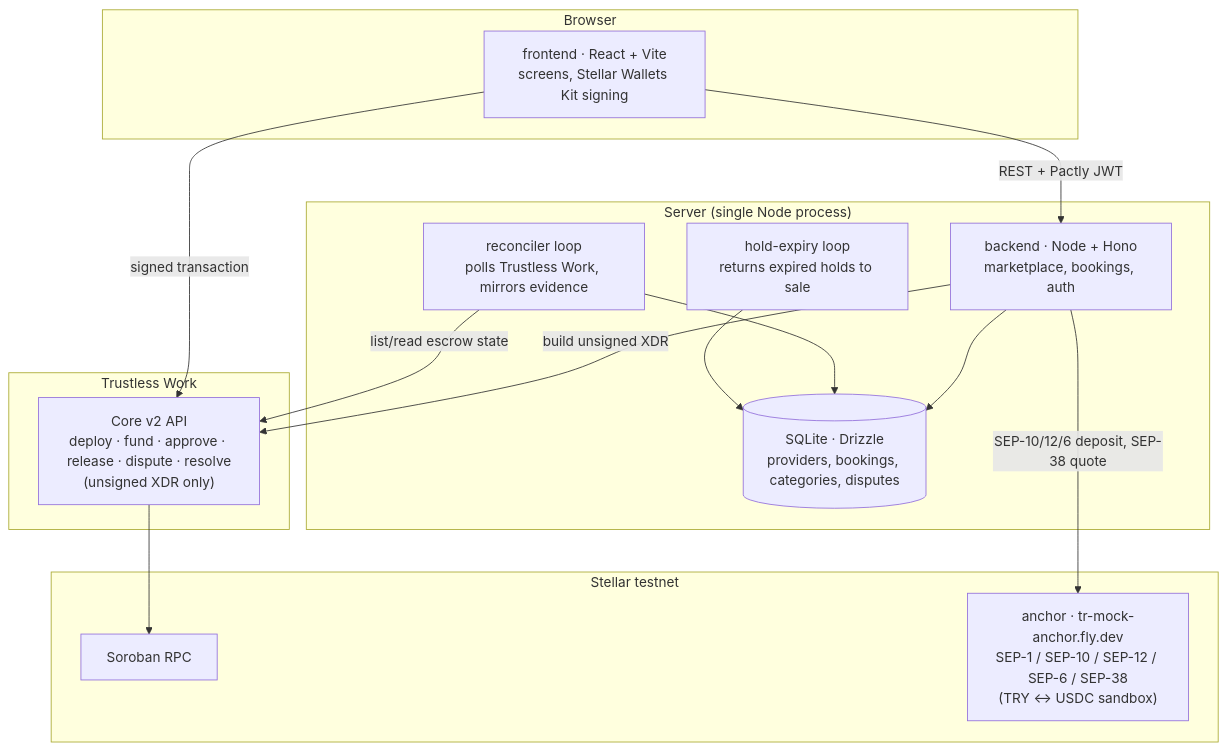
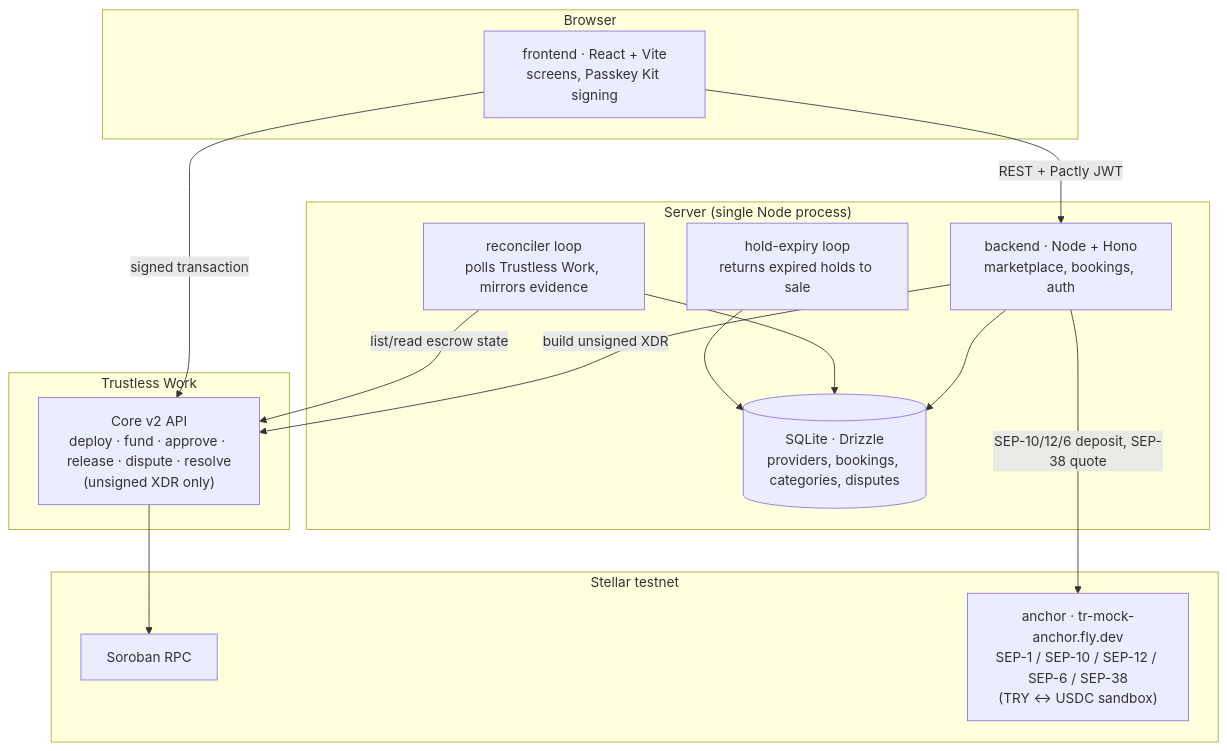
Before and after one commit to CemAyyildiz/Pactly: the diagram in README.md, drawn with Mermaid. The commit also changed other lines of this file and 1 other file, not shown here.

````diff
--- a/README.md
+++ b/README.md
@@ -163,29 +202,29 @@
 ```mermaid
 graph TD
   subgraph client["Browser"]
-    FE["frontend · React + Vite<br/>screens, Stellar Wallets Kit signing"]
+    FE["frontend · React + Vite<br/>screens, Passkey Kit signing"]
   end
   subgraph server["Server (single Node process)"]
     BE["backend · Node + Hono<br/>marketplace, bookings, auth"]
     RC["reconciler loop<br/>polls Trustless Work, mirrors evidence"]
     HX["hold-expiry loop<br/>returns expired holds to sale"]
     DB[("SQLite · Drizzle<br/>providers, bookings, categories, disputes")]
   end
   subgraph tw["Trustless Work"]
     TWAPI["Core v2 API<br/>deploy · fund · approve · release · dispute · resolve<br/>(unsigned XDR only)"]
   end
   subgraph chain["Stellar testnet"]
     RPC["Soroban RPC"]
     ANCHOR["anchor · tr-mock-anchor.fly.dev<br/>SEP-1 / SEP-10 / SEP-12 / SEP-6 / SEP-38<br/>(TRY ↔ USDC sandbox)"]
   end
 
   FE -->|"REST + Pactly JWT"| BE
   FE -->|"signed transaction"| TWAPI
   BE --> DB
   BE -->|"build unsigned XDR"| TWAPI
   BE -->|"SEP-10/12/6 deposit, SEP-38 quote"| ANCHOR
   RC -->|"list/read escrow state"| TWAPI
   RC --> DB
   HX --> DB
   TWAPI --> RPC
 ```
````
